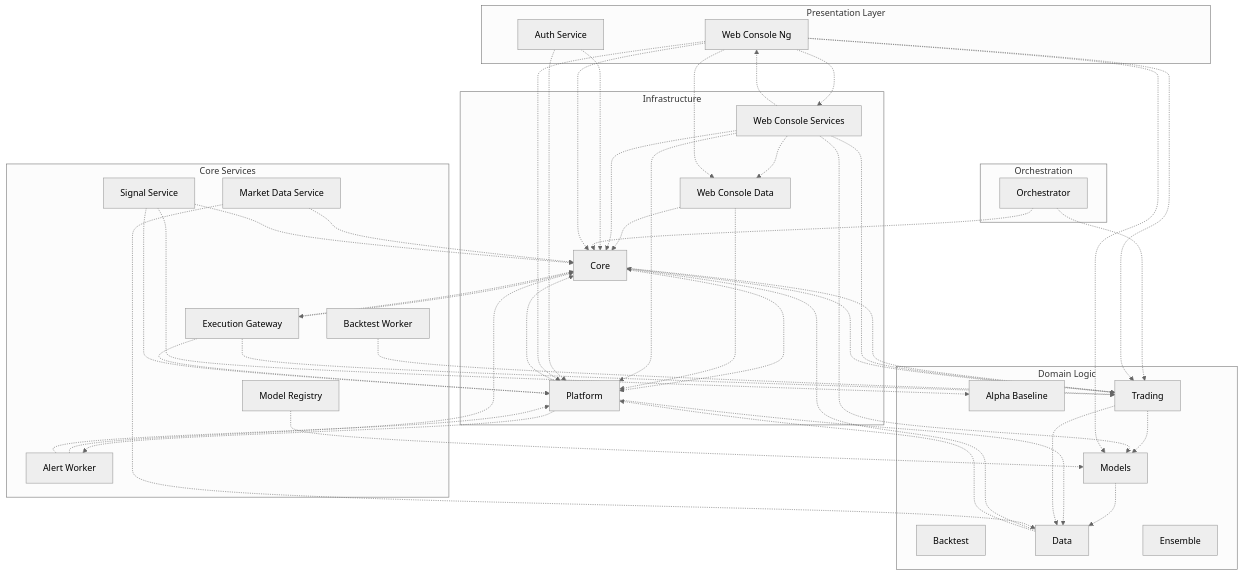
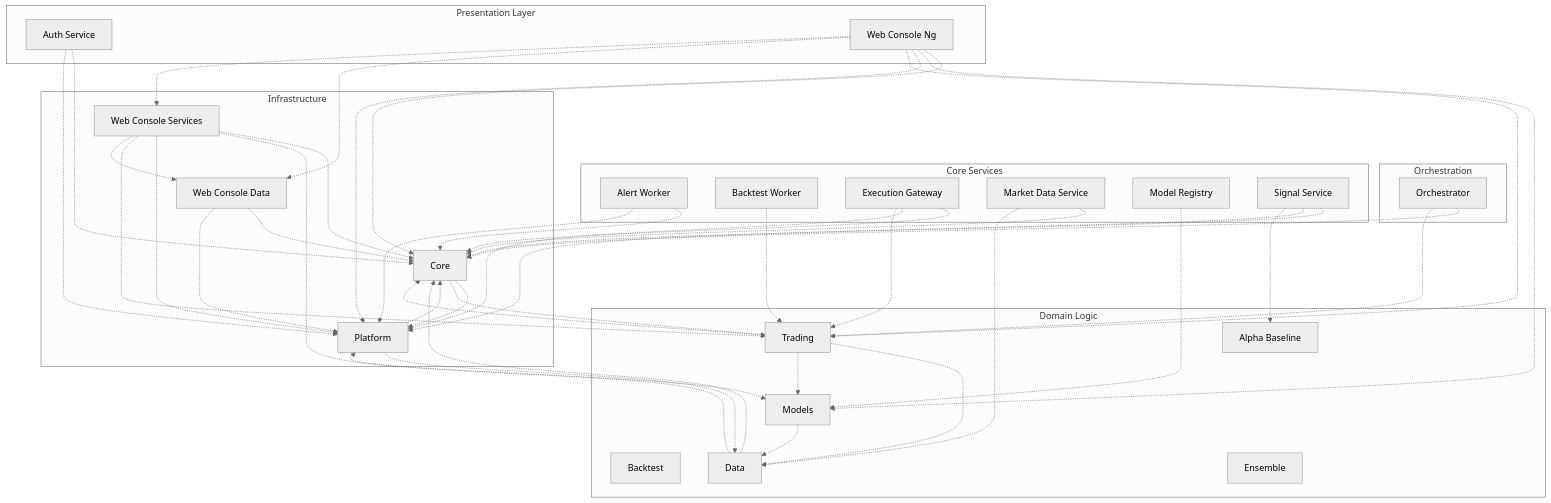
One commit to LeeeWayyy/trading_platform changed the diagram in docs/ARCHITECTURE/system_map_deps.md. Above: the diagram before and after it, drawn with Mermaid (neutral theme). The commit also changed 10 other files, not shown here.

```diff
--- a/docs/ARCHITECTURE/system_map_deps.md
+++ b/docs/ARCHITECTURE/system_map_deps.md
@@ -34,13 +34,11 @@
 
   lib_core -.-> lib_platform
   lib_core -.-> lib_trading
-  lib_core -.-> svc_execution_gateway
   lib_data -.-> lib_core
   lib_data -.-> lib_platform
   lib_models -.-> lib_data
   lib_platform -.-> lib_core
   lib_platform -.-> lib_data
-  lib_platform -.-> svc_alert_worker
   lib_trading -.-> lib_core
   lib_trading -.-> lib_data
   lib_trading -.-> lib_models
@@ -51,7 +49,6 @@
   lib_web_console_services -.-> lib_platform
   lib_web_console_services -.-> lib_trading
   lib_web_console_services -.-> lib_web_console_data
-  lib_web_console_services -.-> svc_web_console_ng
   svc_alert_worker -.-> lib_core
   svc_alert_worker -.-> lib_platform
   svc_auth_service -.-> lib_core
```
